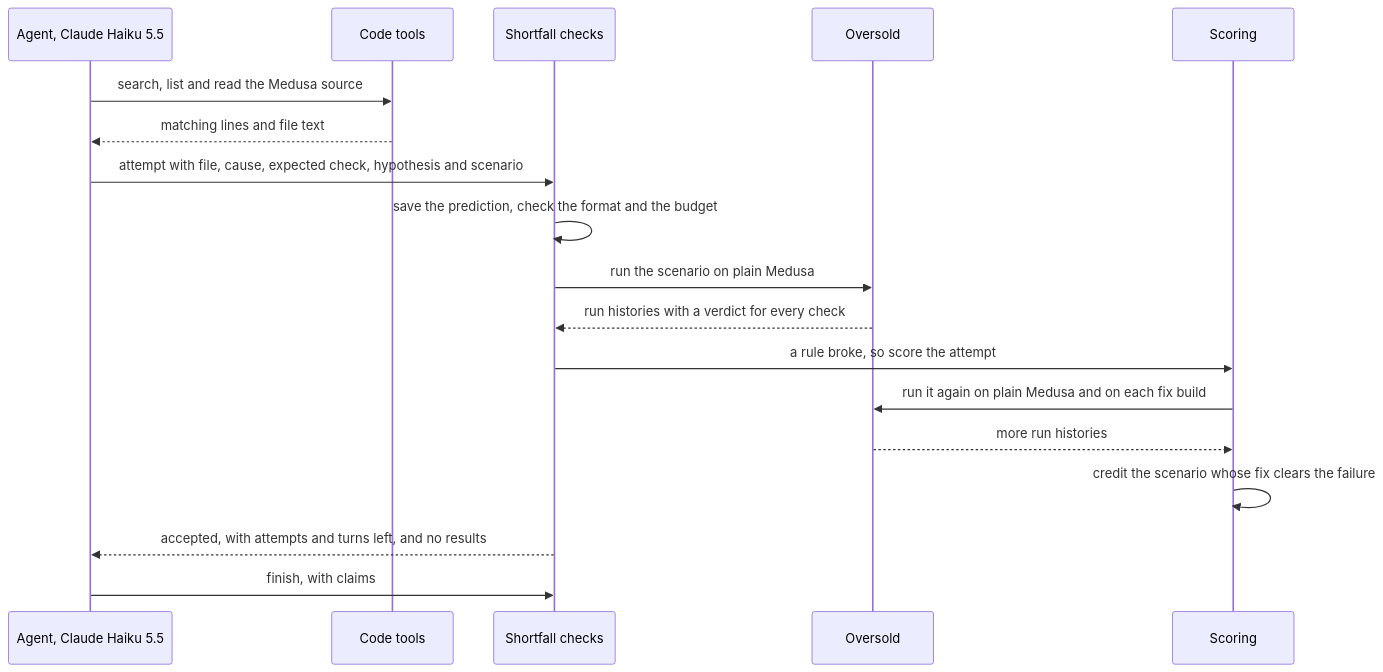
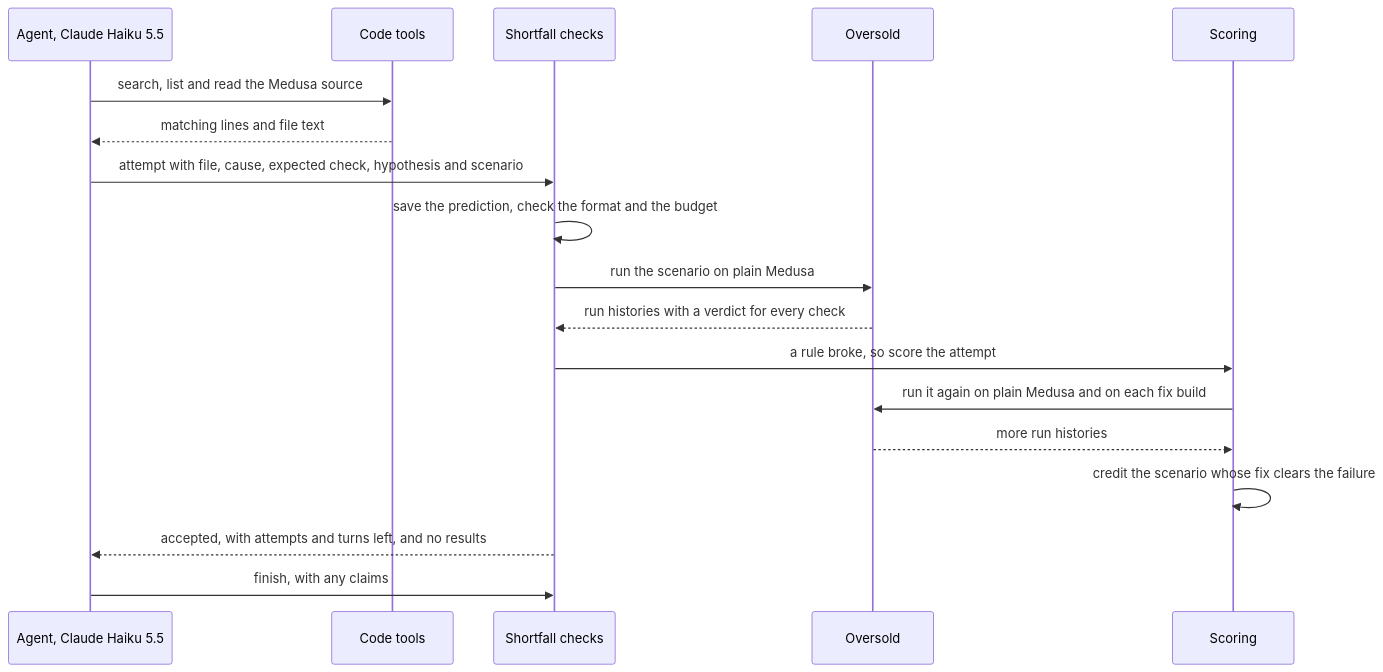
Before and after one commit to akallam04/shortfall: the diagram in WALKTHROUGH.md, drawn with Mermaid. The commit also changed other lines of this file and 2 other files, not shown here.

````diff
--- a/WALKTHROUGH.md
+++ b/WALKTHROUGH.md
@@ -5,20 +5,20 @@
 ```mermaid
 sequenceDiagram
     participant A as Agent, Claude Haiku 5.5
     participant T as Code tools
     participant S as Shortfall checks
     participant O as Oversold
     participant R as Scoring
     A->>T: search, list and read the Medusa source
     T-->>A: matching lines and file text
     A->>S: attempt with file, cause, expected check, hypothesis and scenario
     S->>S: save the prediction, check the format and the budget
     S->>O: run the scenario on plain Medusa
     O-->>S: run histories with a verdict for every check
     S->>R: a rule broke, so score the attempt
     R->>O: run it again on plain Medusa and on each fix build
     O-->>R: more run histories
     R->>R: credit the scenario whose fix clears the failure
     S-->>A: accepted, with attempts and turns left, and no results
-    A->>S: finish, with claims
+    A->>S: finish, with any claims
 ```
````
